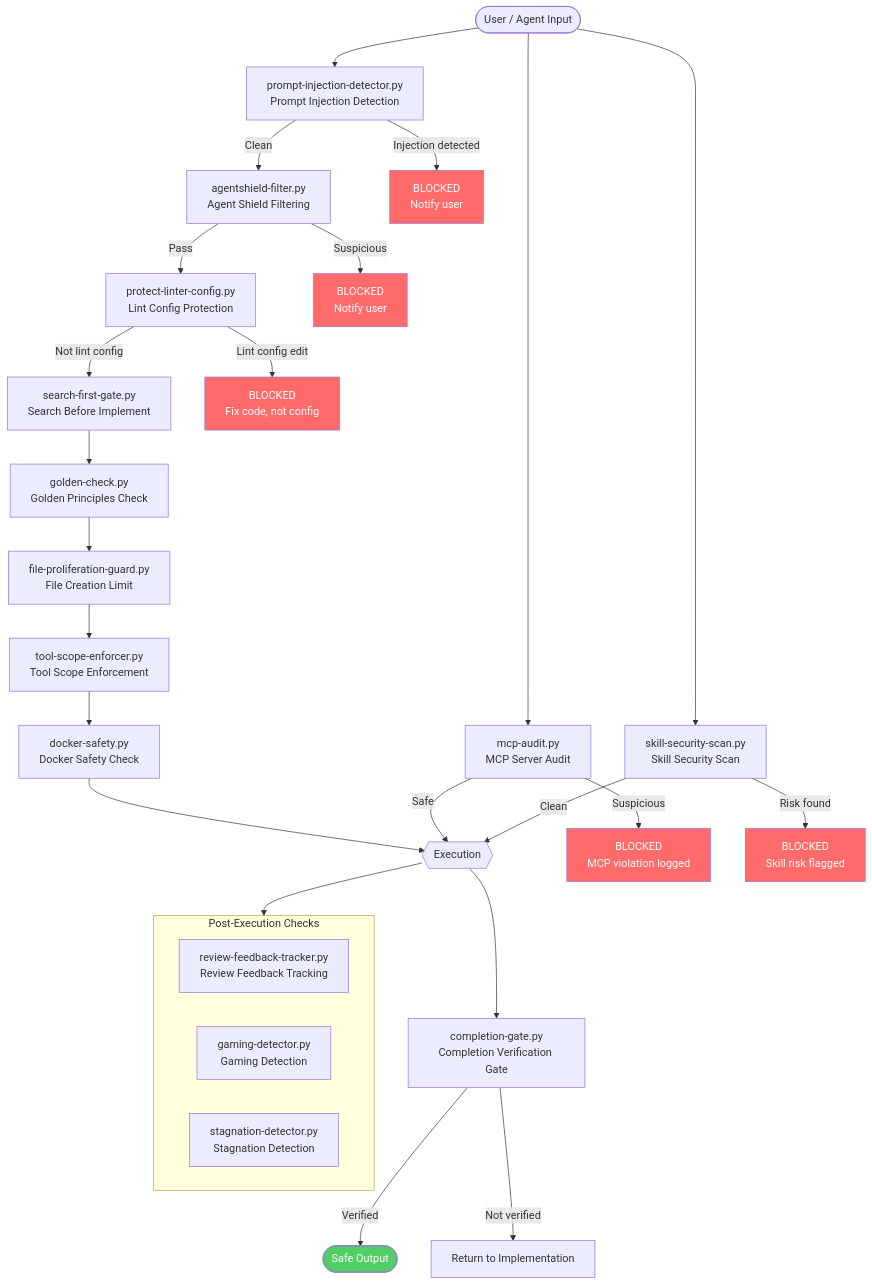
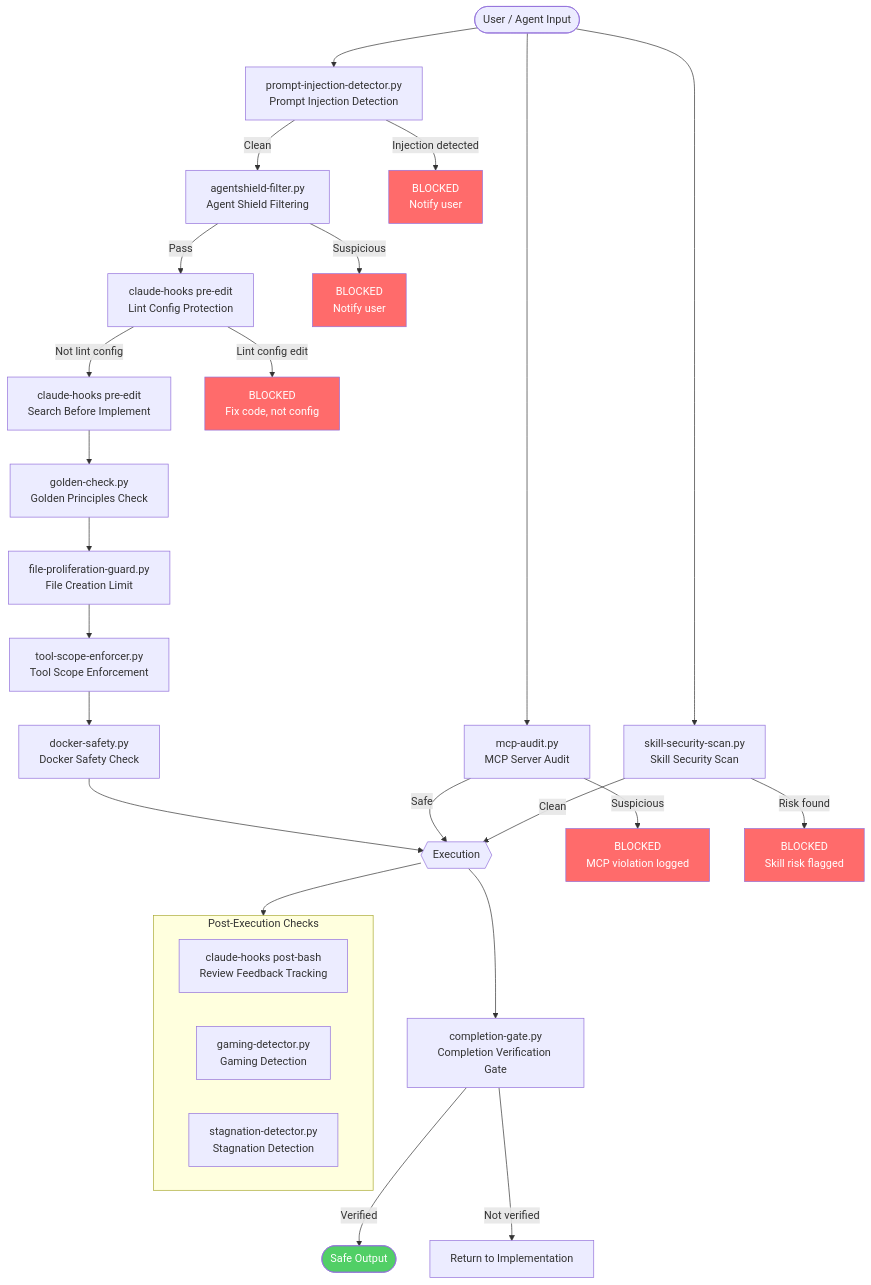
Before and after one commit to takeuchi-shogo/dotfiles: the diagram in .config/claude/references/diagrams/security-layers.md, drawn with Mermaid. The commit also changed 19 other files, not shown here.

````diff
--- a/.config/claude/references/diagrams/security-layers.md
+++ b/.config/claude/references/diagrams/security-layers.md
@@ -12,53 +12,53 @@
 ```mermaid
 flowchart TD
     INPUT(["User / Agent Input"])
 
     INPUT --> PID["prompt-injection-detector.py<br/>Prompt Injection Detection"]
 
     PID -->|"Clean"| ASF["agentshield-filter.py<br/>Agent Shield Filtering"]
     PID -->|"Injection detected"| BLOCK1["BLOCKED<br/>Notify user"]
 
-    ASF -->|"Pass"| PLC["protect-linter-config.py<br/>Lint Config Protection"]
+    ASF -->|"Pass"| PLC["claude-hooks pre-edit<br/>Lint Config Protection"]
     ASF -->|"Suspicious"| BLOCK2["BLOCKED<br/>Notify user"]
 
-    PLC -->|"Not lint config"| SFG["search-first-gate.py<br/>Search Before Implement"]
+    PLC -->|"Not lint config"| SFG["claude-hooks pre-edit<br/>Search Before Implement"]
     PLC -->|"Lint config edit"| BLOCK3["BLOCKED<br/>Fix code, not config"]
 
     SFG --> GC["golden-check.py<br/>Golden Principles Check"]
 
     GC --> FPG["file-proliferation-guard.py<br/>File Creation Limit"]
 
     FPG --> TSE["tool-scope-enforcer.py<br/>Tool Scope Enforcement"]
 
     TSE --> DS["docker-safety.py<br/>Docker Safety Check"]
 
     DS --> EXEC{{"Execution"}}
 
     EXEC --> CG["completion-gate.py<br/>Completion Verification Gate"]
 
     CG -->|"Verified"| DONE(["Safe Output"])
     CG -->|"Not verified"| BACK["Return to Implementation"]
 
     INPUT --> MCP["mcp-audit.py<br/>MCP Server Audit"]
     MCP -->|"Safe"| EXEC
     MCP -->|"Suspicious"| BLOCK4["BLOCKED<br/>MCP violation logged"]
 
     INPUT --> SSS["skill-security-scan.py<br/>Skill Security Scan"]
     SSS -->|"Clean"| EXEC
     SSS -->|"Risk found"| BLOCK5["BLOCKED<br/>Skill risk flagged"]
 
     subgraph post_exec ["Post-Execution Checks"]
-        RFT["review-feedback-tracker.py<br/>Review Feedback Tracking"]
+        RFT["claude-hooks post-bash<br/>Review Feedback Tracking"]
         GD["gaming-detector.py<br/>Gaming Detection"]
         SD["stagnation-detector.py<br/>Stagnation Detection"]
     end
 
     EXEC --> post_exec
 
     style BLOCK1 fill:#ff6b6b,color:#fff
     style BLOCK2 fill:#ff6b6b,color:#fff
     style BLOCK3 fill:#ff6b6b,color:#fff
     style BLOCK4 fill:#ff6b6b,color:#fff
     style BLOCK5 fill:#ff6b6b,color:#fff
     style DONE fill:#51cf66,color:#fff
 ```
````
